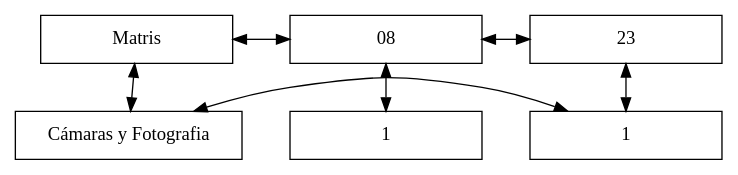
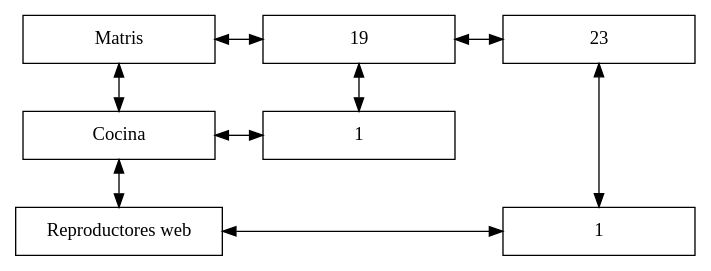
Before and after one commit to Macario12/EDD_VirtualMall_201905837: the diagram in Servidor/1997_08.dot, drawn with Graphviz. The commit also changed 40 other files, not shown here.

```diff
--- a/Servidor/1997_08.dot
+++ b/Servidor/1997_08.dot
@@ -1,19 +1,23 @@
 digraph { 
 rankdir = TB; 
 node [shape=rectangle, height=0.5, width=2] 
 graph[ nodesep = 0.5] 
 Matris[label="Matris"] 
-nodo08 [label="08"] 
+nodo19 [label="19"] 
 nodo23 [label="23"] 
-nodoCámaras_y_Fotografia [label="Cámaras y Fotografia"] 
-Matris -> nodo08 [dir=both] 
-nodo08 -> nodo23 [dir=both] 
-Matris -> nodoCámaras_y_Fotografia [dir=both] 
+nodoCocina [label="Cocina"] 
+nodoReproductores_web [label="Reproductores web"] 
+Matris -> nodo19 [dir=both] 
+nodo19 -> nodo23 [dir=both] 
+Matris -> nodoCocina [dir=both] 
+nodoCocina -> nodoReproductores_web [dir=both] 
 nodo0y0[label="1"] 
-nodo1y0[label="1"] 
-nodo08 -> nodo0y0[dir=both] 
-nodo23 -> nodo1y0[dir=both] 
-nodoCámaras_y_Fotografia -> nodo1y0[constraint=false, dir=both] 
-{ rank=same; Matris; nodo08; nodo23} 
-{ rank=same;nodoCámaras_y_Fotografia;nodo1y0} 
+nodo1y1[label="1"] 
+nodo19 -> nodo0y0[dir=both] 
+nodo23 -> nodo1y1[dir=both] 
+nodoCocina -> nodo0y0[constraint=false, dir=both] 
+nodoReproductores_web -> nodo1y1[constraint=false, dir=both] 
+{ rank=same; Matris; nodo19; nodo23} 
+{ rank=same;nodoCocina;nodo0y0} 
+{ rank=same;nodoReproductores_web;nodo1y1} 
 }
```
